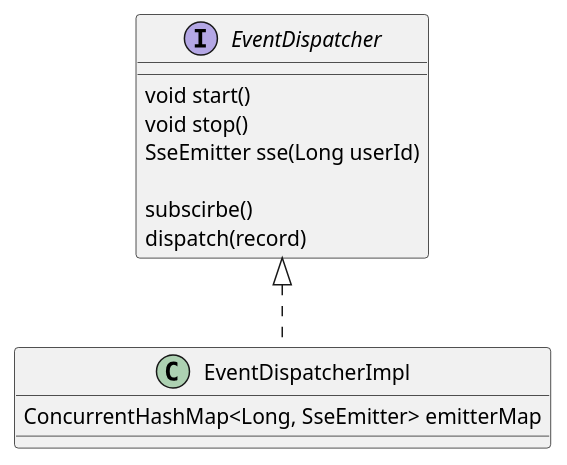
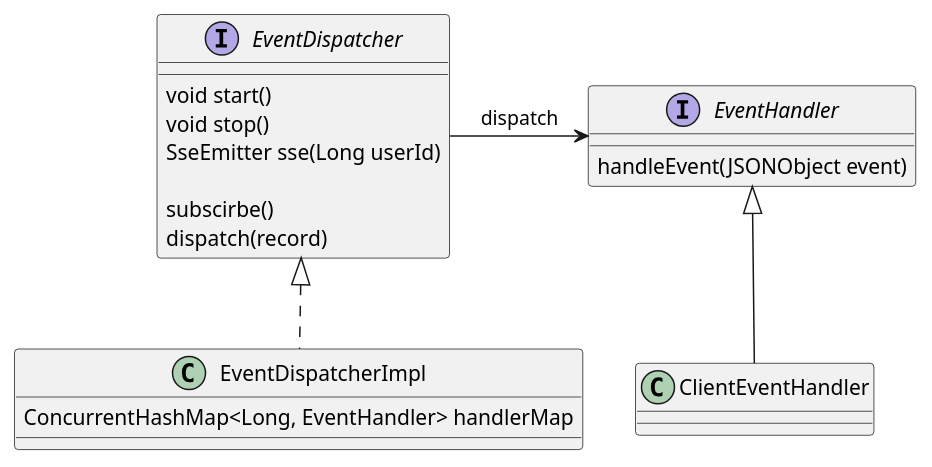
One commit to kevinwang930/mycode changed the second of 2 diagrams in design/eventstream.md. Above: the diagram before and after it, drawn with PlantUML. The commit also changed 1 other file, not shown here.

````diff
--- a/design/eventstream.md
+++ b/design/eventstream.md
@@ -53,17 +53,28 @@
 ```plantuml
 
 interface EventDispatcher {
     void start()
     void stop()
     SseEmitter sse(Long userId)
 
     subscirbe()
     dispatch(record)
 }
 
 class EventDispatcherImpl implements EventDispatcher {
-    ConcurrentHashMap<Long, SseEmitter> emitterMap 
+    ConcurrentHashMap<Long, EventHandler> handlerMap 
 }
 
+interface EventHandler {
+    handleEvent(JSONObject event)
+}
+
+class ClientEventHandler extends EventHandler {
+
+    
+
+}
+
+EventDispatcher -right-> EventHandler: dispatch
 
 ```
````
